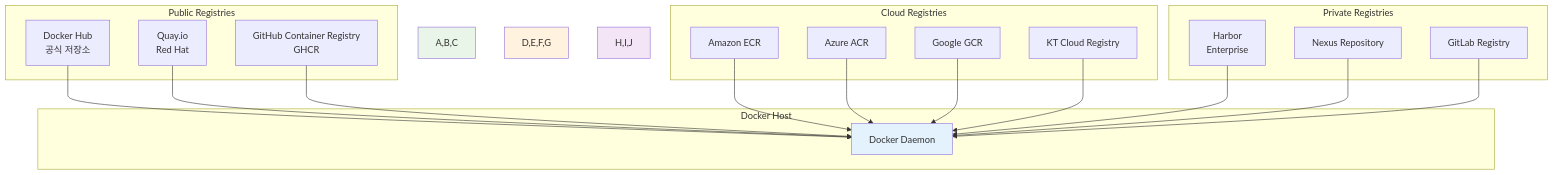
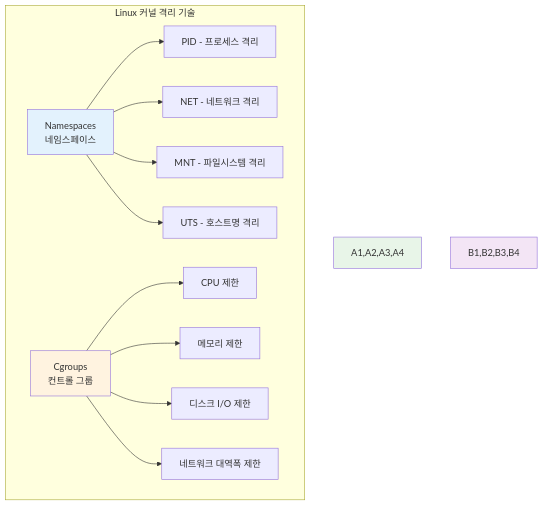
The third of 3 diagrams in theory/week_01/day2/session_3.md (niceguy61/kdt_devops_lecture_2025), drawn with Mermaid before and after one commit. The commit also changed other lines of this file and 26 other files, not shown here.

````diff
--- a/theory/week_01/day2/session_3.md
+++ b/theory/week_01/day2/session_3.md
@@ -167,41 +102,19 @@
 ```mermaid
 graph TB
-    subgraph "Public Registries"
-        A[Docker Hub<br/>공식 저장소]
-        B[Quay.io<br/>Red Hat]
-        C[GitHub Container Registry<br/>GHCR]
+    subgraph "Linux 커널 격리 기술"
+        A[Namespaces<br/>네임스페이스] --> A1[PID - 프로세스 격리]
+        A --> A2[NET - 네트워크 격리]
+        A --> A3[MNT - 파일시스템 격리]
+        A --> A4[UTS - 호스트명 격리]
+        
+        B[Cgroups<br/>컨트롤 그룹] --> B1[CPU 제한]
+        B --> B2[메모리 제한]
+        B --> B3[디스크 I/O 제한]
+        B --> B4[네트워크 대역폭 제한]
     end
     
-    subgraph "Cloud Registries"
-        D[Amazon ECR]
-        E[Azure ACR]
-        F[Google GCR]
-        G[KT Cloud Registry]
-    end
-    
-    subgraph "Private Registries"
-        H[Harbor<br/>Enterprise]
-        I[Nexus Repository]
-        J[GitLab Registry]
-    end
-    
-    subgraph "Docker Host"
-        K[Docker Daemon]
-    end
-    
-    A --> K
-    B --> K
-    C --> K
-    D --> K
-    E --> K
-    F --> K
-    G --> K
-    H --> K
-    I --> K
-    J --> K
-    
-    style A,B,C fill:#e8f5e8
-    style D,E,F,G fill:#fff3e0
-    style H,I,J fill:#f3e5f5
-    style K fill:#e3f2fd
+    style A fill:#e3f2fd
+    style B fill:#fff3e0
+    style A1,A2,A3,A4 fill:#e8f5e8
+    style B1,B2,B3,B4 fill:#f3e5f5
 ```
````
